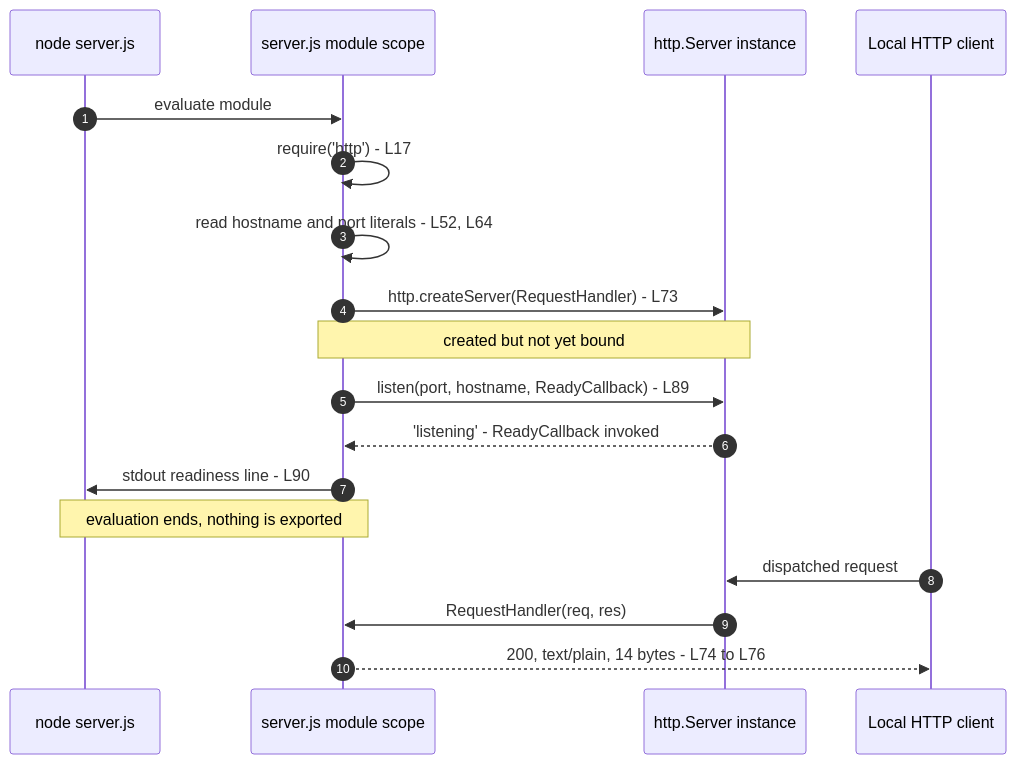
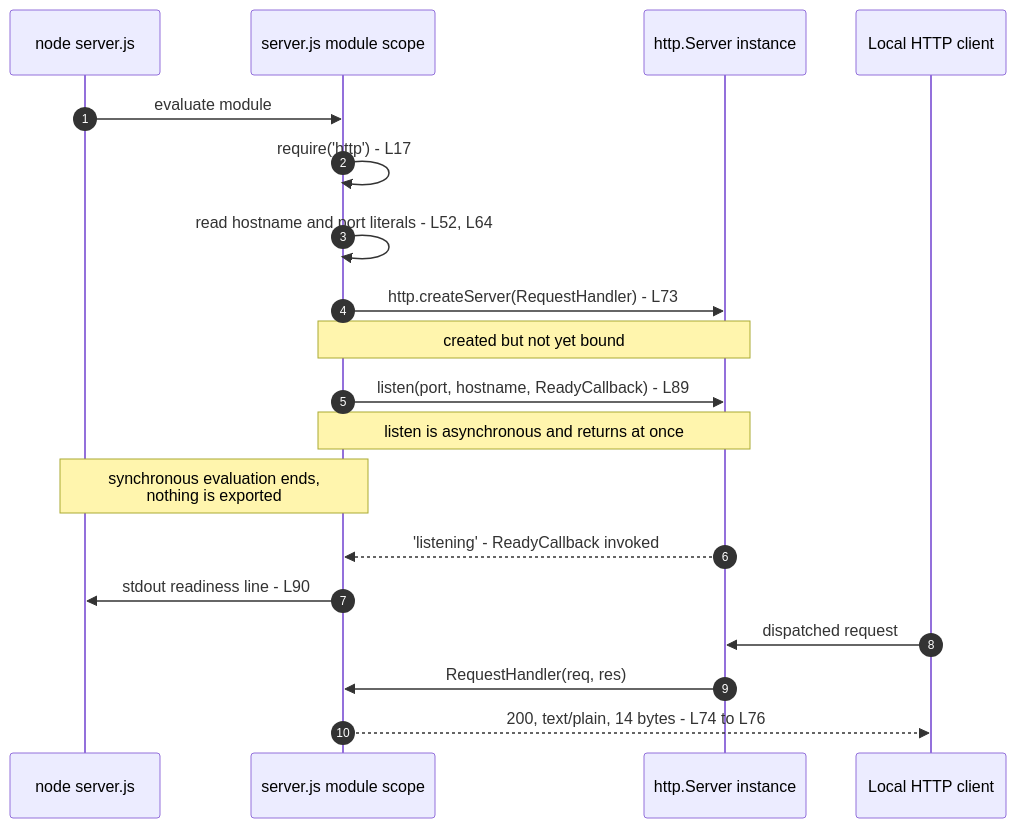
Before and after one commit to lakshya-blitzy/ARUI_4488_Check_Onboarding: the second of 2 diagrams in README.md, drawn with Mermaid. The commit also changed other lines of this file and 1 other file, not shown here.

````diff
--- a/README.md
+++ b/README.md
@@ -516,21 +588,22 @@
 ```mermaid
 sequenceDiagram
     autonumber
     participant CLI as node server.js
     participant Mod as server.js module scope
     participant Srv as http.Server instance
     participant Cli as Local HTTP client
 
     CLI->>Mod: evaluate module
     Mod->>Mod: require('http') - L17
     Mod->>Mod: read hostname and port literals - L52, L64
     Mod->>Srv: http.createServer(RequestHandler) - L73
     Note over Mod,Srv: created but not yet bound
     Mod->>Srv: listen(port, hostname, ReadyCallback) - L89
+    Note over Mod,Srv: listen is asynchronous and returns at once
+    Note over CLI,Mod: synchronous evaluation ends,<br/>nothing is exported
     Srv-->>Mod: 'listening' - ReadyCallback invoked
     Mod->>CLI: stdout readiness line - L90
-    Note over CLI,Mod: evaluation ends, nothing is exported
     Cli->>Srv: dispatched request
     Srv->>Mod: RequestHandler(req, res)
     Mod-->>Cli: 200, text/plain, 14 bytes - L74 to L76
 ```
````
